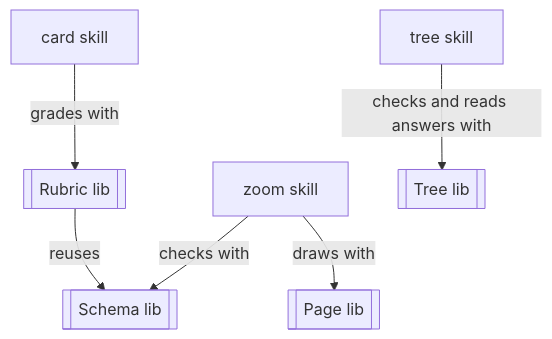
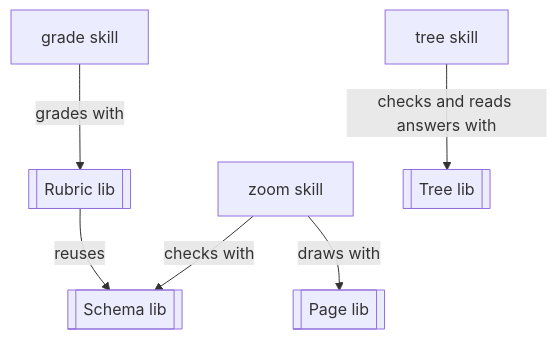
The second of 3 diagrams in README.md (kalaluthien/mumu-claude-plugin), drawn with Mermaid before and after one commit. The commit also changed other lines of this file and 83 other files, not shown here.

First line of the commit message:
Rename card to grade and unify page layout (#1100)

````diff
--- a/README.md
+++ b/README.md
@@ -79,15 +79,15 @@
 ```mermaid
 flowchart TB
   n_zoom["zoom skill"]
-  n_card["card skill"]
+  n_grade["grade skill"]
   n_schema[["Schema lib"]]
   n_page[["Page lib"]]
   n_spec[["Rubric lib"]]
   n_tree["tree skill"]
   n_plan[["Tree lib"]]
   n_zoom -->|"checks with"| n_schema
   n_zoom -->|"draws with"| n_page
-  n_card -->|"grades with"| n_spec
+  n_grade -->|"grades with"| n_spec
   n_spec -->|"reuses"| n_schema
   n_tree -->|"checks and reads answers with"| n_plan
 ```
````
